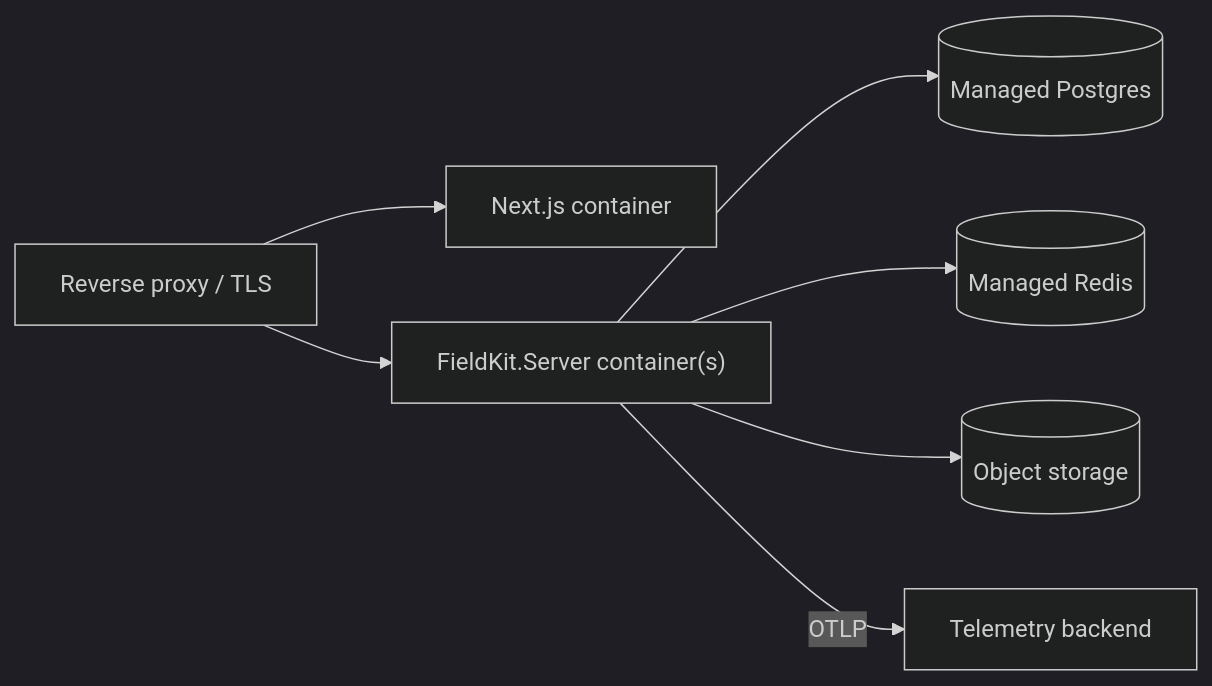
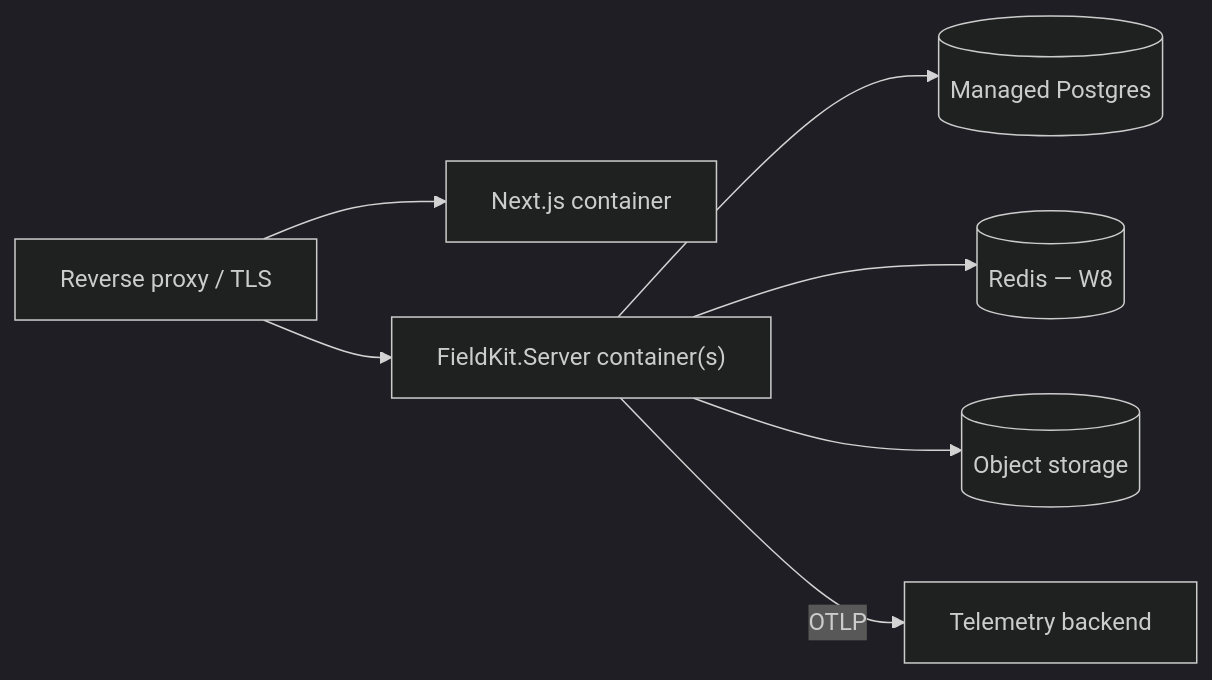
The fourth of 4 diagrams in docs/architecture/00-architecture-overview.md (Tibirot/FieldKit), drawn with Mermaid (dark theme) before and after one commit. The commit also changed other lines of this file and 11 other files, not shown here.

````diff
--- a/docs/architecture/00-architecture-overview.md
+++ b/docs/architecture/00-architecture-overview.md
@@ -239,9 +239,9 @@
 ```mermaid
 flowchart LR
   cdn["Reverse proxy / TLS"] --> nx["Next.js container"]
   cdn --> srv["FieldKit.Server container(s)"]
   srv --> pg[("Managed Postgres")]
-  srv --> rd[("Managed Redis")]
+  srv --> rd[("Redis — W8")]
   srv --> obj[("Object storage")]
   srv -->|OTLP| otel["Telemetry backend"]
 ```
````
